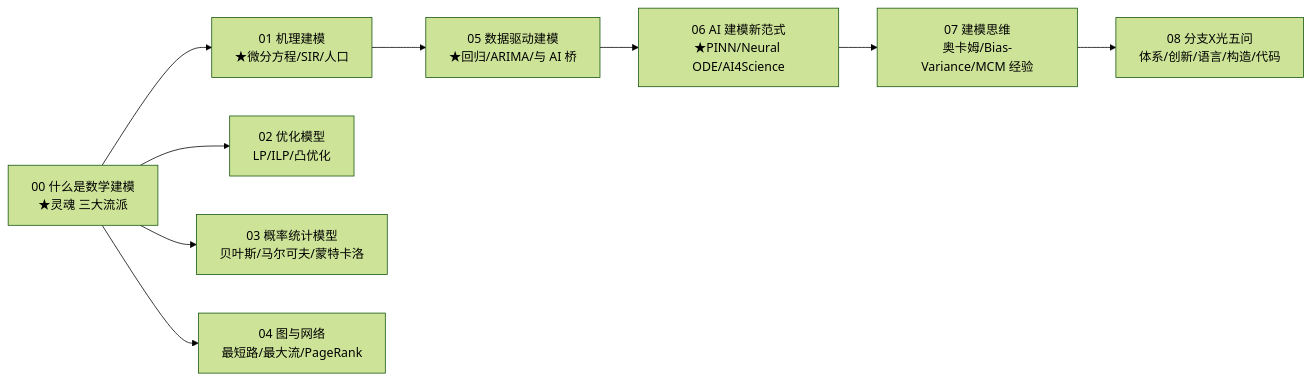
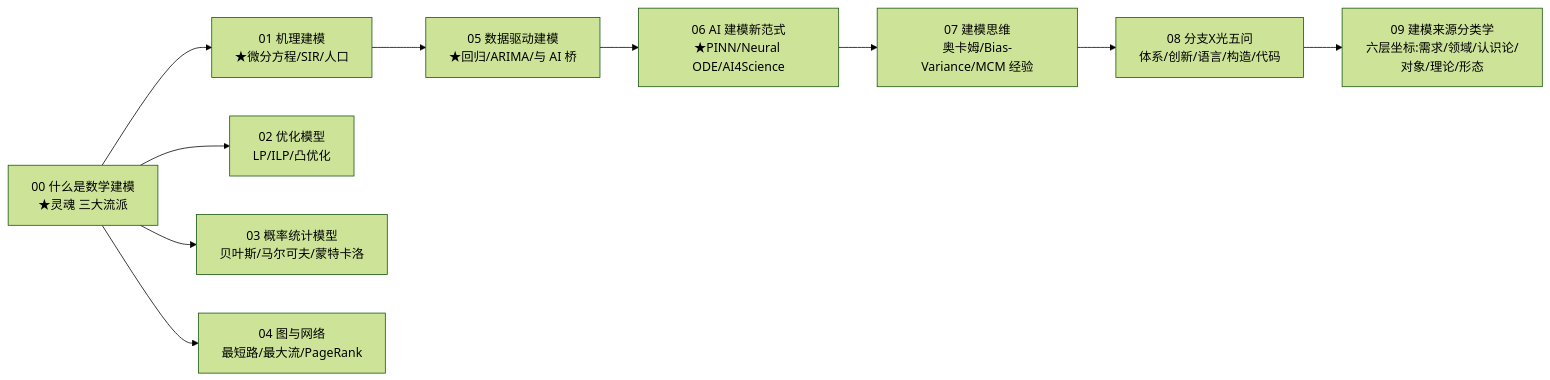
One commit to leemiracle/work4ai changed the diagram in 讲透数学/讲透数学建模/README.md. Above: the diagram before and after it, drawn with Mermaid (forest theme). The commit also changed other lines of this file and 2 other files, not shown here.

First line of the commit message:
feat(数学建模): 09-建模来源分类学——六层来源坐标(需求/领域/认识论/对象/理论/形态)逐层详展

````diff
--- a/讲透数学/讲透数学建模/README.md
+++ b/讲透数学/讲透数学建模/README.md
@@ -49,11 +49,12 @@
 ```mermaid
 graph LR
     A["00 什么是数学建模<br/>★灵魂 三大流派"] --> B["01 机理建模<br/>★微分方程/SIR/人口"]
     A --> C["02 优化模型<br/>LP/ILP/凸优化"]
     A --> D["03 概率统计模型<br/>贝叶斯/马尔可夫/蒙特卡洛"]
     A --> E["04 图与网络<br/>最短路/最大流/PageRank"]
     B --> F["05 数据驱动建模<br/>★回归/ARIMA/与 AI 桥"]
     F --> G["06 AI 建模新范式<br/>★PINN/Neural ODE/AI4Science"]
     G --> H["07 建模思维<br/>奥卡姆/Bias-Variance/MCM 经验"]
     H --> I["08 分支X光五问<br/>体系/创新/语言/构造/代码"]
+    I --> J["09 建模来源分类学<br/>六层坐标:需求/领域/认识论/对象/理论/形态"]
 ```
````
